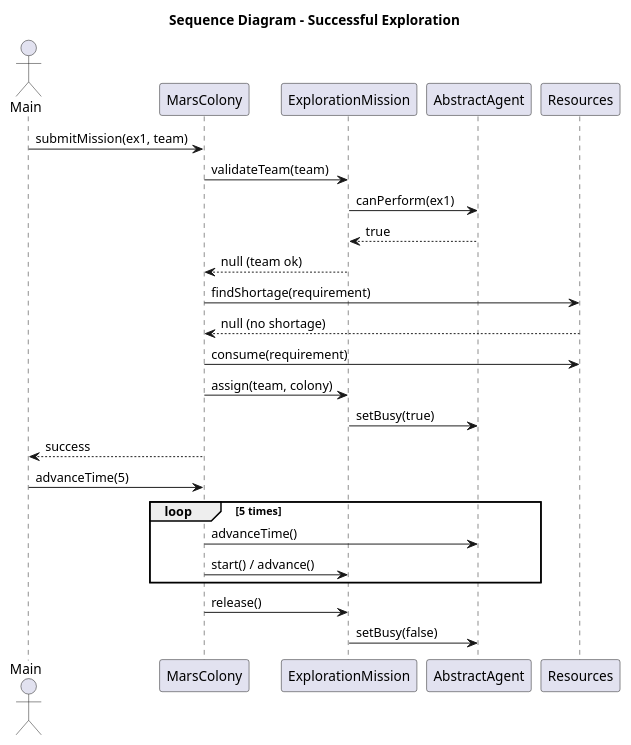
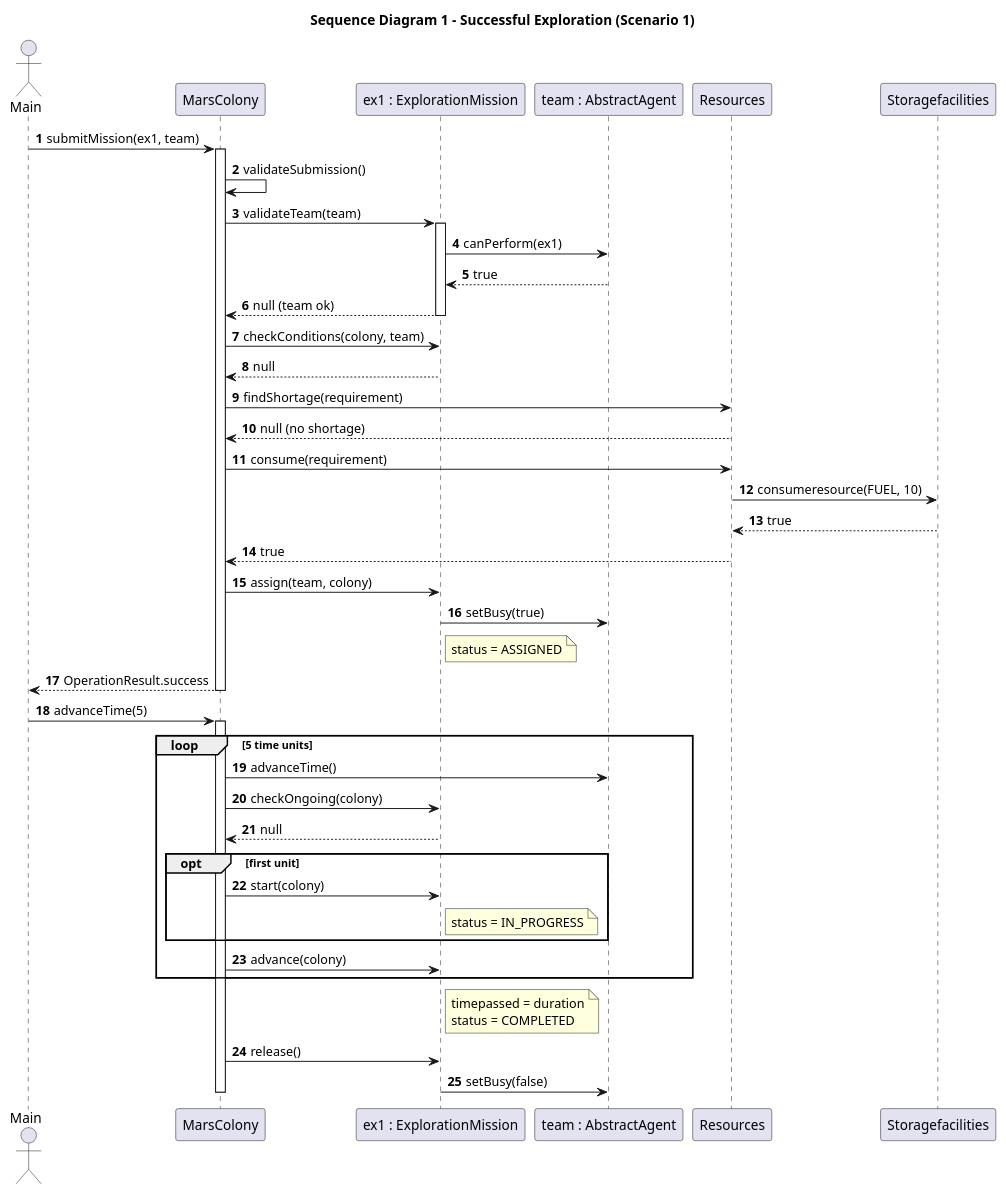
The diagram in uml/04a_sequence_successful_exploration.puml (a7medhassan-159/Prog-II-Lab5-Mars-Colony-), drawn with PlantUML before and after one commit. The commit also changed 15 other files, not shown here.

```diff
--- a/uml/04a_sequence_successful_exploration.puml
+++ b/uml/04a_sequence_successful_exploration.puml
@@ -1,29 +1,52 @@
-@startuml
-title Sequence Diagram - Successful Exploration
+@startuml 04a_sequence_successful_exploration
+title Sequence Diagram 1 - Successful Exploration (Scenario 1)
+skinparam shadowing false
+autonumber
 
 actor Main
-participant MarsColony
-participant ExplorationMission
-participant AbstractAgent
-participant Resources
+participant "MarsColony" as C
+participant "ex1 : ExplorationMission" as M
+participant "team : AbstractAgent" as A
+participant "Resources" as R
+participant "Storagefacilities" as S
 
-Main -> MarsColony : submitMission(ex1, team)
-MarsColony -> ExplorationMission : validateTeam(team)
-ExplorationMission -> AbstractAgent : canPerform(ex1)
-AbstractAgent --> ExplorationMission : true
-ExplorationMission --> MarsColony : null (team ok)
-MarsColony -> Resources : findShortage(requirement)
-Resources --> MarsColony : null (no shortage)
-MarsColony -> Resources : consume(requirement)
-MarsColony -> ExplorationMission : assign(team, colony)
-ExplorationMission -> AbstractAgent : setBusy(true)
-MarsColony --> Main : success
+Main -> C : submitMission(ex1, team)
+activate C
+C -> C : validateSubmission()
+C -> M : validateTeam(team)
+activate M
+M -> A : canPerform(ex1)
+A --> M : true
+M --> C : null (team ok)
+deactivate M
+C -> M : checkConditions(colony, team)
+M --> C : null
+C -> R : findShortage(requirement)
+R --> C : null (no shortage)
+C -> R : consume(requirement)
+R -> S : consumeresource(FUEL, 10)
+S --> R : true
+R --> C : true
+C -> M : assign(team, colony)
+M -> A : setBusy(true)
+note right of M : status = ASSIGNED
+C --> Main : OperationResult.success
+deactivate C
 
-Main -> MarsColony : advanceTime(5)
-loop 5 times
-  MarsColony -> AbstractAgent : advanceTime()
-  MarsColony -> ExplorationMission : start() / advance()
+Main -> C : advanceTime(5)
+activate C
+loop 5 time units
+  C -> A : advanceTime()
+  C -> M : checkOngoing(colony)
+  M --> C : null
+  opt first unit
+    C -> M : start(colony)
+    note right of M : status = IN_PROGRESS
+  end
+  C -> M : advance(colony)
 end
-MarsColony -> ExplorationMission : release()
-ExplorationMission -> AbstractAgent : setBusy(false)
+note right of M : timepassed = duration\nstatus = COMPLETED
+C -> M : release()
+M -> A : setBusy(false)
+deactivate C
 @enduml
```
